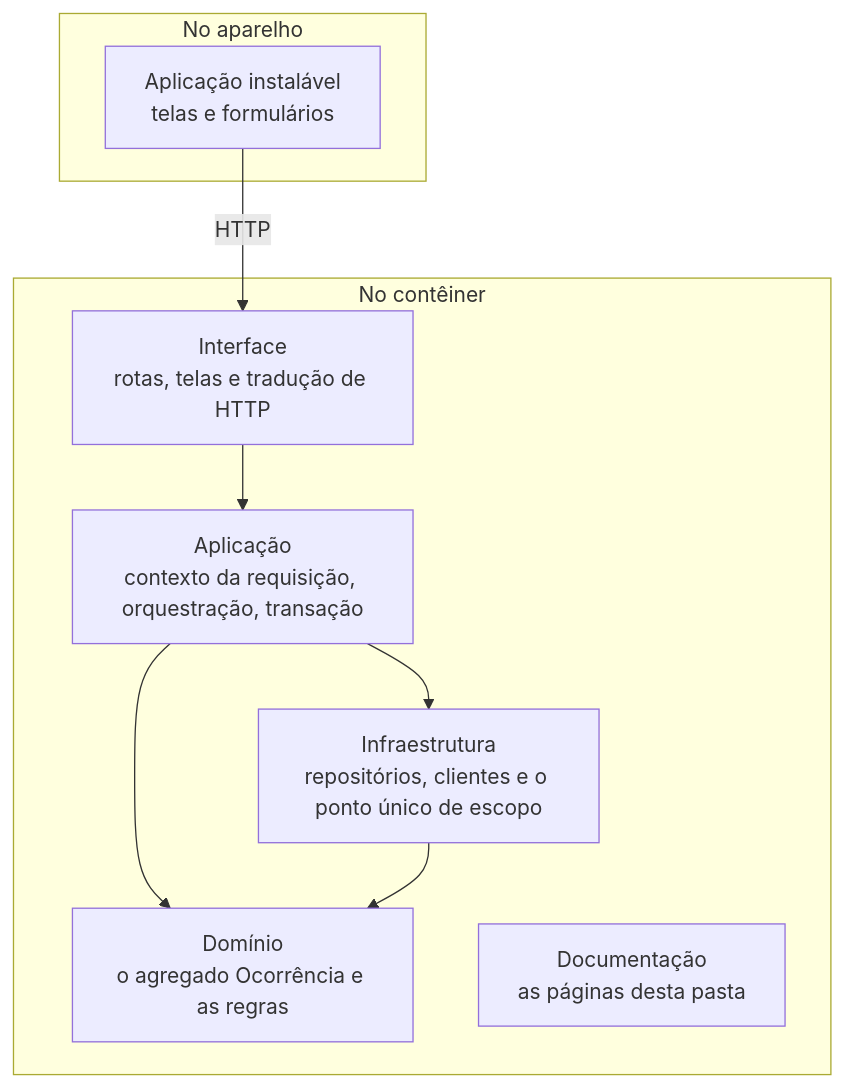
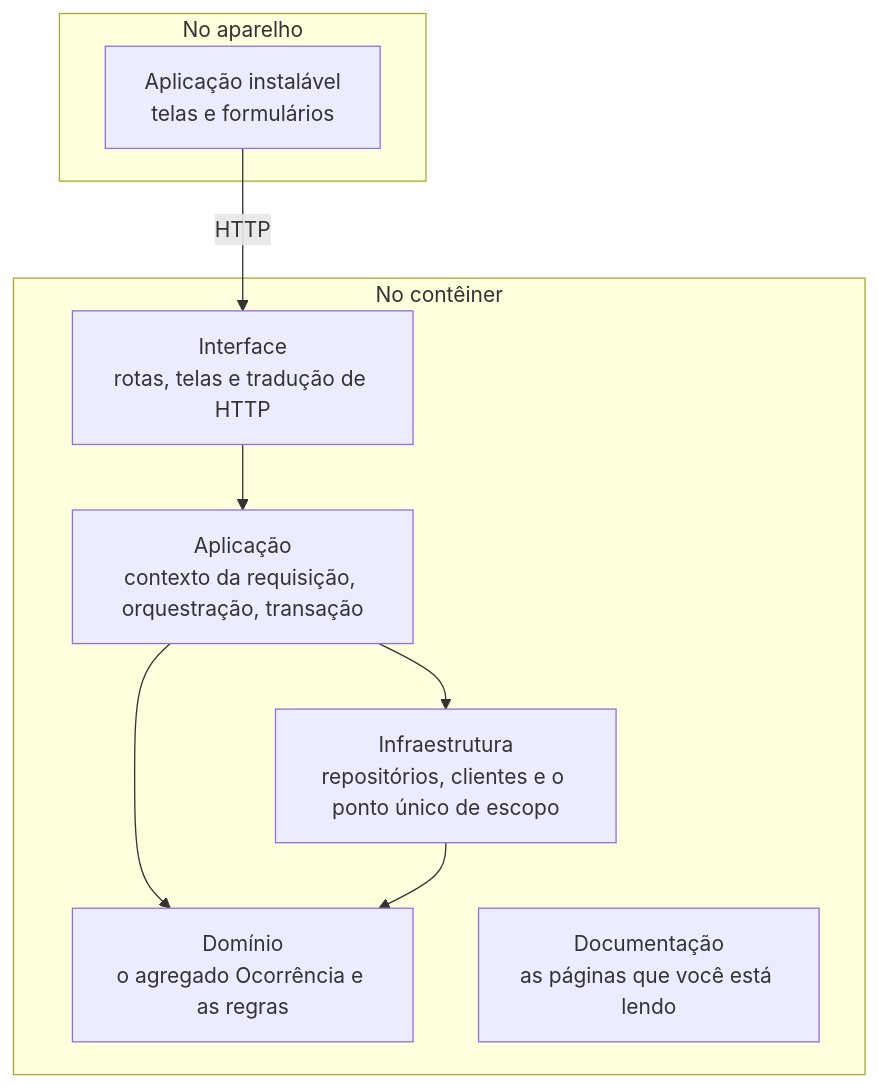
The second of 3 diagrams in docs/visao-geral-da-arquitetura.md (natanjunior/8FSDT-Hackathon), drawn with Mermaid before and after one commit. The commit also changed other lines of this file and 8 other files, not shown here.

````diff
--- a/docs/visao-geral-da-arquitetura.md
+++ b/docs/visao-geral-da-arquitetura.md
@@ -39,20 +39,20 @@
 ```mermaid
 flowchart TB
     subgraph NAVEGADOR["No aparelho"]
         PWA["Aplicação instalável<br/>telas e formulários"]
     end
 
     subgraph CONTAINER["No contêiner"]
         TELAS["Interface<br/>rotas, telas e tradução de HTTP"]
         APLIC["Aplicação<br/>contexto da requisição, orquestração, transação"]
         DOM["Domínio<br/>o agregado Ocorrência e as regras"]
         INFRA["Infraestrutura<br/>repositórios, clientes e o ponto único de escopo"]
-        DOCS["Documentação<br/>as páginas desta pasta"]
+        DOCS["Documentação<br/>as páginas que você está lendo"]
     end
 
     PWA -->|HTTP| TELAS
     TELAS --> APLIC
     APLIC --> DOM
     APLIC --> INFRA
     INFRA --> DOM
 ```
````
